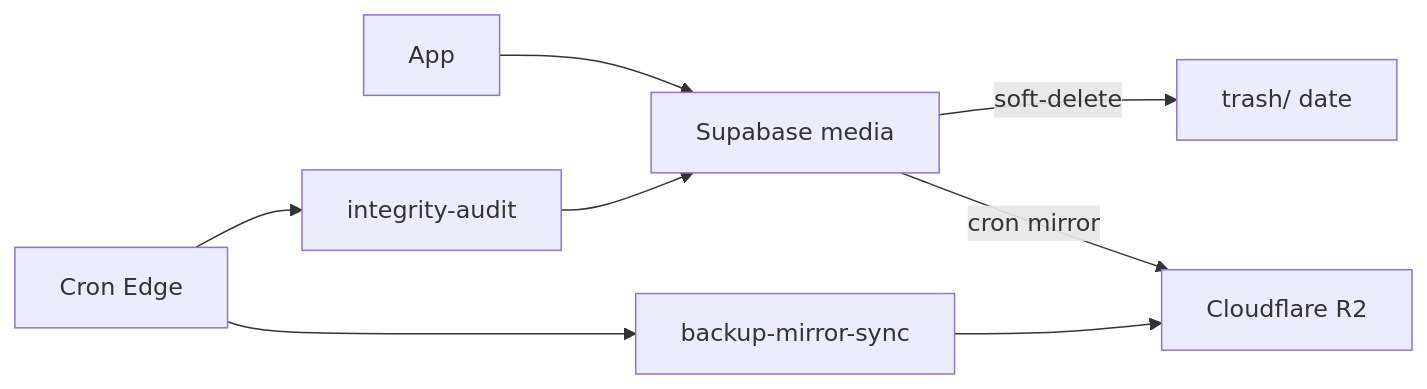
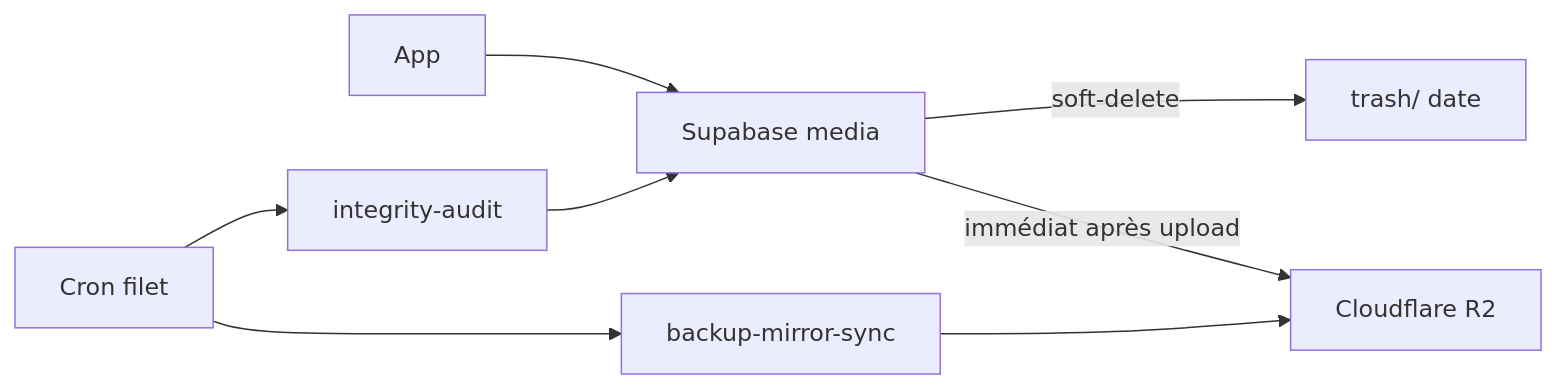
Before and after one commit to yembez/petitmo: the diagram in docs/specs/media-backup-durability.md, drawn with Mermaid. The commit also changed other lines of this file and 4 other files, not shown here.

First line of the commit message:
feat(media): miroir R2 immédiat après upload Supabase vérifié.

````diff
--- a/docs/specs/media-backup-durability.md
+++ b/docs/specs/media-backup-durability.md
@@ -16,10 +16,10 @@
 ```mermaid
 flowchart LR
   app[App] --> primary[Supabase media]
   primary -->|soft-delete| trash[trash/ date]
-  primary -->|cron mirror| r2[Cloudflare R2]
-  cron[Cron Edge] --> audit[integrity-audit]
+  primary -->|immédiat après upload| r2[Cloudflare R2]
+  cron[Cron filet] --> audit[integrity-audit]
   audit --> primary
   cron --> mirror[backup-mirror-sync]
   mirror --> r2
 ```
````
